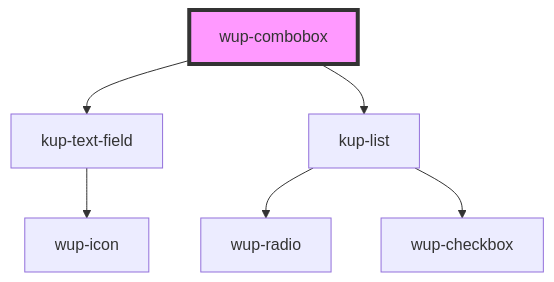
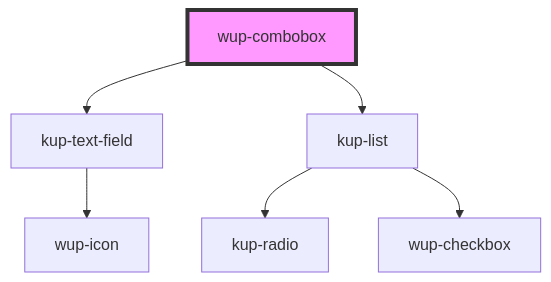
The diagram in packages/ketchup/src/components/wup-combobox/readme.md (smeup/ketchup), drawn with Mermaid before and after one commit. The commit also changed 41 other files, not shown here.

````diff
--- a/packages/ketchup/src/components/wup-combobox/readme.md
+++ b/packages/ketchup/src/components/wup-combobox/readme.md
@@ -36,9 +36,9 @@
 ```mermaid
 graph TD;
   wup-combobox --> kup-text-field
   wup-combobox --> kup-list
   kup-text-field --> wup-icon
-  kup-list --> wup-radio
+  kup-list --> kup-radio
   kup-list --> wup-checkbox
   style wup-combobox fill:#f9f,stroke:#333,stroke-width:4px
 ```
````
